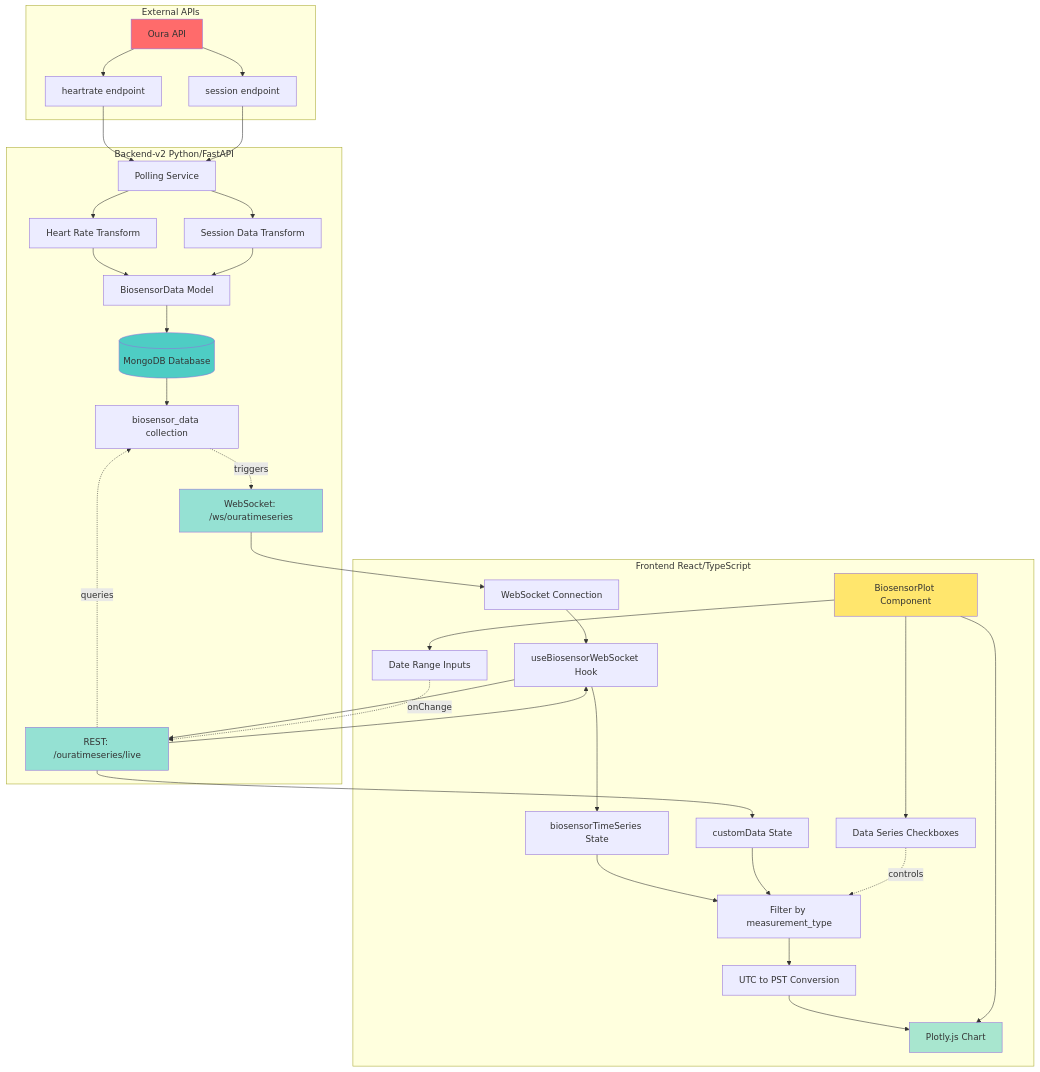
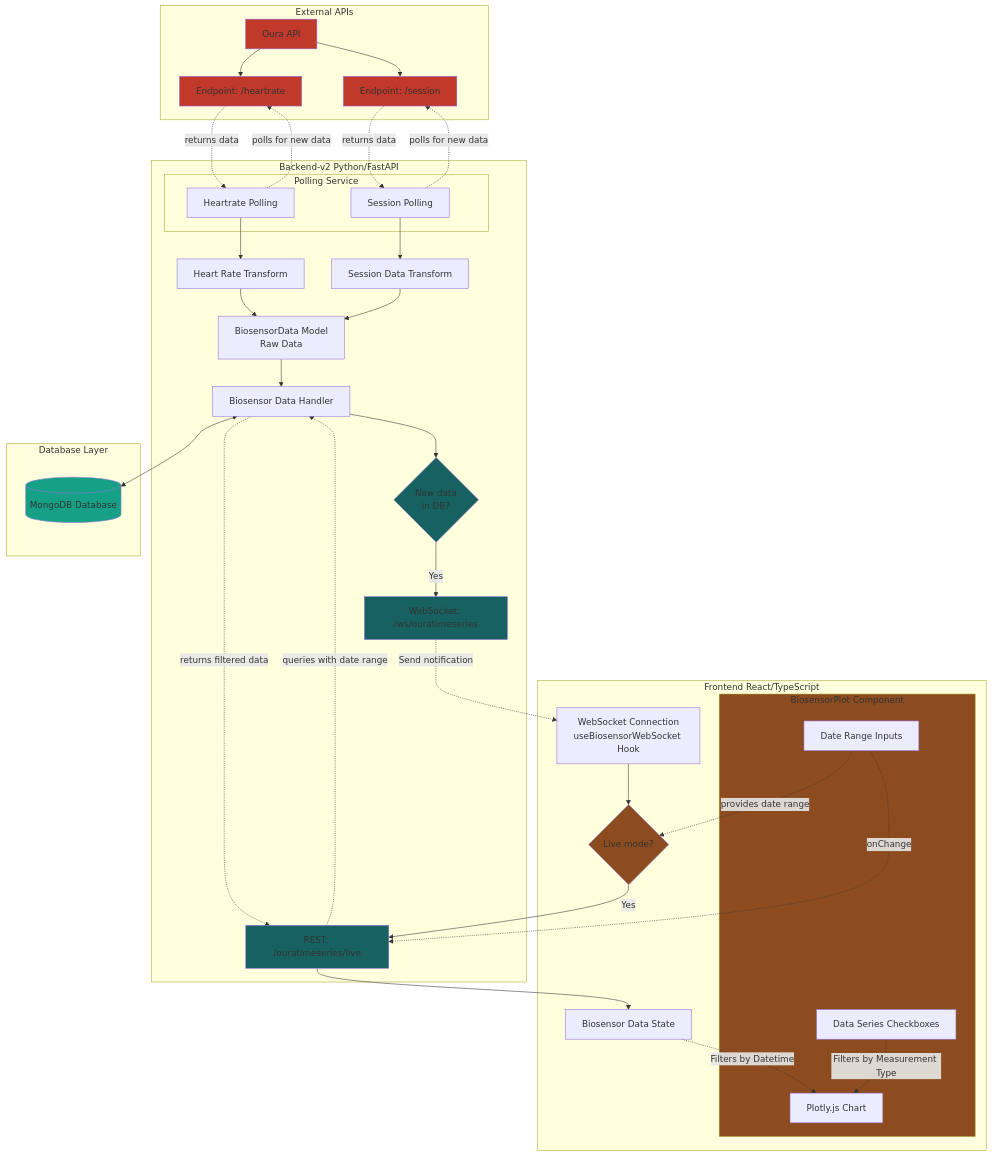
One commit to michael-de-wit/mood-ring-frontend changed the first of 5 diagrams in docs/data-flow-diagram.md. Above: the diagram before and after it, drawn with Mermaid. The commit also changed other lines of this file, not shown here.

Commit message:
data-flow documentation

````diff
--- a/docs/data-flow-diagram.md
+++ b/docs/data-flow-diagram.md
@@ -5,70 +5,74 @@
 ```mermaid
 graph TB
     subgraph External["External APIs"]
         OuraAPI[Oura API]
-        OuraHR["heartrate endpoint"]
-        OuraSession["session endpoint"]
+        OuraHR["Endpoint: /heartrate"]
+        OuraSession["Endpoint: /session"]
     end
 
     subgraph Backend["Backend-v2 Python/FastAPI"]
-        Poller[Polling Service]
+        subgraph Poller[Polling Service]
+            HRPoller[Heartrate Polling]
+            SessionPoller[Session Polling]
+        end
         HRTransform[Heart Rate Transform]
         SessionTransform[Session Data Transform]
-        PydanticModel[BiosensorData Model]
-        MongoDB[(MongoDB Database)]
-        BiosensorColl[biosensor_data collection]
+        PydanticModel[BiosensorData Model<br>Raw Data]
+        BiosensorColl[Biosensor Data Handler]
+        DBTrigger{New data<br/>in DB?}
         WSEndpoint[WebSocket: /ws/ouratimeseries]
         RESTEndpoint[REST: /ouratimeseries/live]
     end
 
+    subgraph Database["Database Layer"]
+        MongoDB[(MongoDB Database)]
+    end
+
     subgraph Frontend["Frontend React/TypeScript"]
-        WSHook[useBiosensorWebSocket Hook]
-        WSConnection[WebSocket Connection]
-        BiosensorState[biosensorTimeSeries State]
-        CustomDataState[customData State]
-        TypeFilter[Filter by measurement_type]
-        TimeConvert[UTC to PST Conversion]
-        BiosensorPlot[BiosensorPlot Component]
-        DateInputs[Date Range Inputs]
-        SeriesCheckboxes[Data Series Checkboxes]
-        PlotlyChart[Plotly.js Chart]
+        WSHook[WebSocket Connection<br/>useBiosensorWebSocket Hook]
+        LiveModeCheck{Live mode?}
+        BiosensorDataState[Biosensor Data State]
+
+        subgraph BiosensorPlot[BiosensorPlot Component]
+            DateInputs[Date Range Inputs]
+            SeriesCheckboxes[Data Series Checkboxes]
+            PlotlyChart[Plotly.js Chart]
+        end
     end
 
     OuraAPI --> OuraHR
     OuraAPI --> OuraSession
-    OuraHR --> Poller
-    OuraSession --> Poller
-    Poller --> HRTransform
-    Poller --> SessionTransform
+    HRPoller -.polls for new data.-> OuraHR
+    OuraHR -.returns data.-> HRPoller
+    SessionPoller -.polls for new data.-> OuraSession
+    OuraSession -.returns data.-> SessionPoller
+    HRPoller --> HRTransform
+    SessionPoller --> SessionTransform
     HRTransform --> PydanticModel
     SessionTransform --> PydanticModel
-    PydanticModel --> MongoDB
-    MongoDB --> BiosensorColl
+    PydanticModel --> BiosensorColl
+    BiosensorColl <--> MongoDB
+    BiosensorColl --> DBTrigger
+    DBTrigger -->|Yes| WSEndpoint
 
-    BiosensorColl -.triggers.-> WSEndpoint
-    WSEndpoint --> WSConnection
-    WSConnection --> WSHook
-    WSHook --> RESTEndpoint
-    RESTEndpoint -.queries.-> BiosensorColl
-    RESTEndpoint --> WSHook
-    WSHook --> BiosensorState
+    WSEndpoint -.Send notification.-> WSHook
+    WSHook --> LiveModeCheck
+    DateInputs -.provides date range.-> LiveModeCheck
+    LiveModeCheck -->|Yes| RESTEndpoint
+    RESTEndpoint -.queries with date range.-> BiosensorColl
+    BiosensorColl -.returns filtered data.-> RESTEndpoint
+    RESTEndpoint --> BiosensorDataState
+    DateInputs -.onChange.-> RESTEndpoint
+    BiosensorDataState -.Filters by Datetime.-> PlotlyChart
+    SeriesCheckboxes -.Filters by Measurement Type.-> PlotlyChart
 
-    DateInputs -.onChange.-> RESTEndpoint
-    RESTEndpoint --> CustomDataState
-    BiosensorState --> TypeFilter
-    CustomDataState --> TypeFilter
-    TypeFilter --> TimeConvert
-    TimeConvert --> PlotlyChart
-
-    BiosensorPlot --> DateInputs
-    BiosensorPlot --> SeriesCheckboxes
-    BiosensorPlot --> PlotlyChart
-    SeriesCheckboxes -.controls.-> TypeFilter
-
-    style OuraAPI fill:#ff6b6b
-    style MongoDB fill:#4ecdc4
-    style WSEndpoint fill:#95e1d3
-    style RESTEndpoint fill:#95e1d3
-    style BiosensorPlot fill:#ffe66d
-    style PlotlyChart fill:#a8e6cf
+    style OuraAPI fill:#c0392b
+    style OuraHR fill:#c0392b
+    style OuraSession fill:#c0392b
+    style MongoDB fill:#16a085
+    style DBTrigger fill:#176161
+    style LiveModeCheck fill:#8C4C1F
+    style WSEndpoint fill:#176161
+    style RESTEndpoint fill:#176161
+    style BiosensorPlot fill:#8C4C1F
 ```
````
